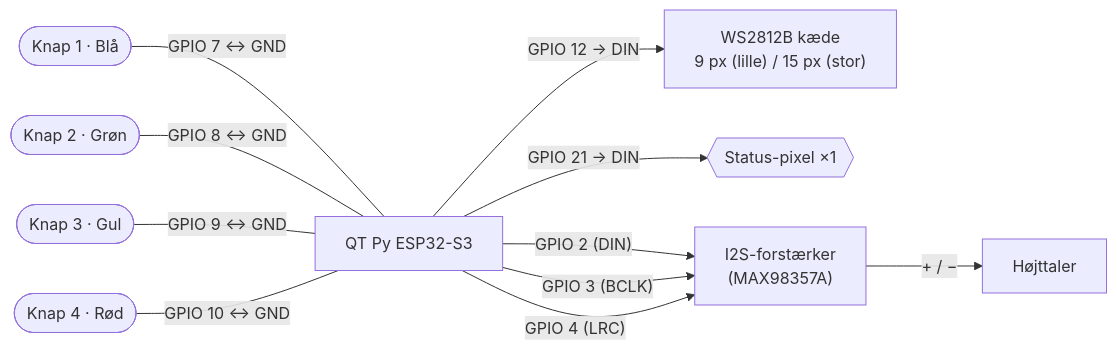
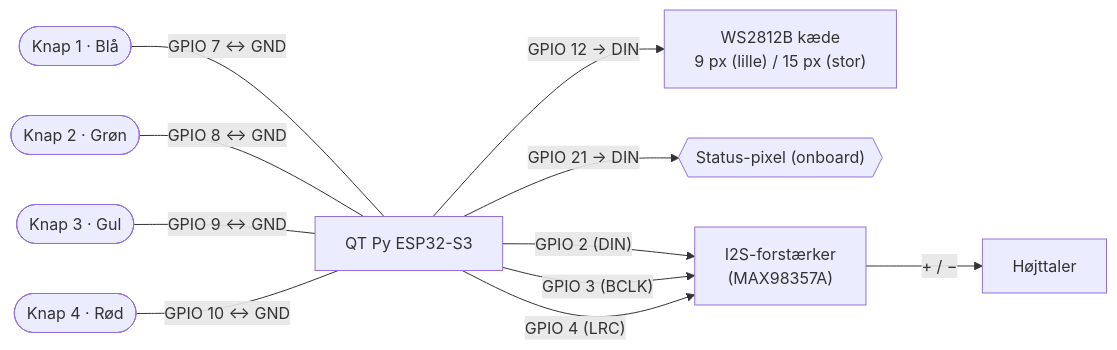
The diagram in docs/HARDWARE-Joystick.md (MichaelHviid/Futuretown-Patruljedysten), drawn with Mermaid before and after one commit. The commit also changed other lines of this file and 1 other file, not shown here.

First line of the commit message:
docs: fjern onboard status-pixels fra styklister

````diff
--- a/docs/HARDWARE-Joystick.md
+++ b/docs/HARDWARE-Joystick.md
@@ -64,23 +63,23 @@
 ```mermaid
 flowchart LR
   ESP["QT Py ESP32-S3"]
   B1(["Knap 1 · Blå"])
   B2(["Knap 2 · Grøn"])
   B3(["Knap 3 · Gul"])
   B4(["Knap 4 · Rød"])
   LEDS["WS2812B kæde<br/>9 px (lille) / 15 px (stor)"]
-  STAT{{"Status-pixel ×1"}}
+  STAT{{"Status-pixel (onboard)"}}
   AMP["I2S-forstærker<br/>(MAX98357A)"]
   SPK["Højttaler"]
 
   B1 ---|"GPIO 7 ↔ GND"| ESP
   B2 ---|"GPIO 8 ↔ GND"| ESP
   B3 ---|"GPIO 9 ↔ GND"| ESP
   B4 ---|"GPIO 10 ↔ GND"| ESP
   ESP -->|"GPIO 12 → DIN"| LEDS
   ESP -->|"GPIO 21 → DIN"| STAT
   ESP -->|"GPIO 2 (DIN)"| AMP
   ESP -->|"GPIO 3 (BCLK)"| AMP
   ESP -->|"GPIO 4 (LRC)"| AMP
   AMP -->|"+ / −"| SPK
 ```
````
